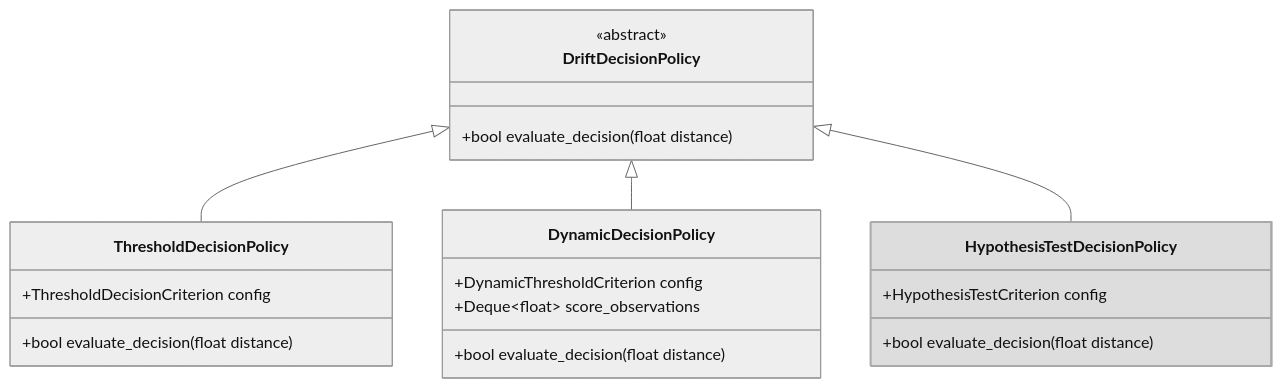
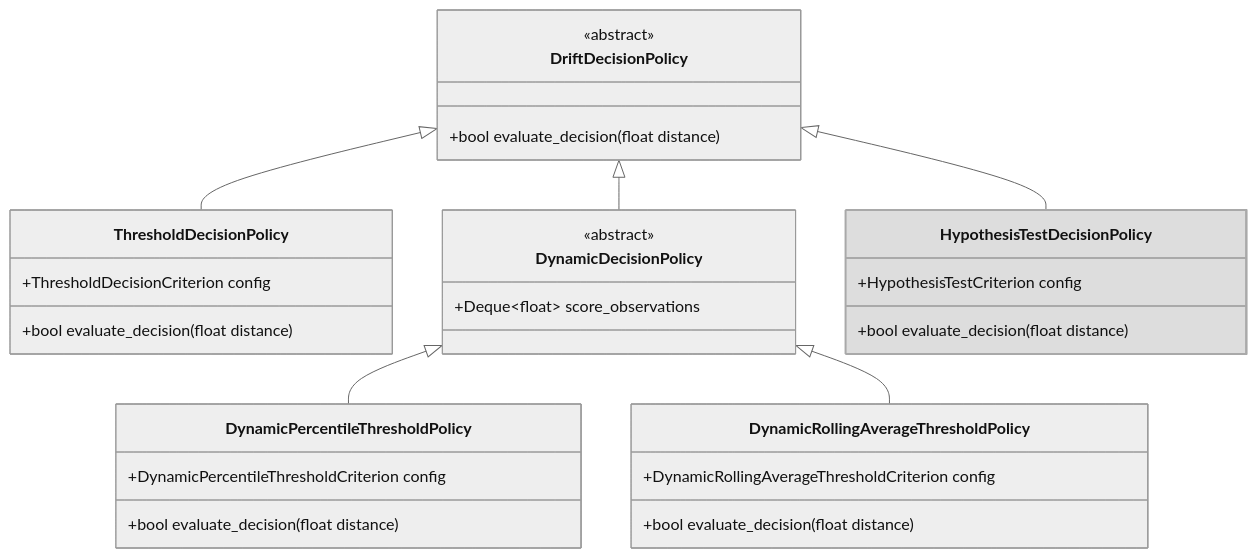
Before and after one commit to eth-easl/modyn: the fifth of 5 diagrams in docs/pipeline/triggering/DRIFT_TRIGGERS.md, drawn with Mermaid (neutral theme). The commit also changed other lines of this file and 1 other file, not shown here.

````diff
--- a/docs/pipeline/triggering/DRIFT_TRIGGERS.md
+++ b/docs/pipeline/triggering/DRIFT_TRIGGERS.md
@@ -216,30 +229,41 @@
 ```mermaid
 classDiagram
     class DriftDecisionPolicy {
         <<abstract>>
         +bool evaluate_decision(float distance)
     }
 
     class ThresholdDecisionPolicy {
         +ThresholdDecisionCriterion config
         +bool evaluate_decision(float distance)
     }
 
     class DynamicDecisionPolicy {
-        +DynamicThresholdCriterion config
+        <<abstract>>
         +Deque~float~ score_observations
+    }
+
+    class DynamicPercentileThresholdPolicy {
+        +DynamicPercentileThresholdCriterion config
+        +bool evaluate_decision(float distance)
+    }
+
+    class DynamicRollingAverageThresholdPolicy {
+        +DynamicRollingAverageThresholdCriterion config
         +bool evaluate_decision(float distance)
     }
 
     class HypothesisTestDecisionPolicy {
         +HypothesisTestCriterion config
         +bool evaluate_decision(float distance)
     }
 
     DriftDecisionPolicy <|-- ThresholdDecisionPolicy
     DriftDecisionPolicy <|-- DynamicDecisionPolicy
     DriftDecisionPolicy <|-- HypothesisTestDecisionPolicy
 
+    DynamicDecisionPolicy <|-- DynamicPercentileThresholdPolicy
+    DynamicDecisionPolicy <|-- DynamicRollingAverageThresholdPolicy
 
     style HypothesisTestDecisionPolicy fill:#DDDDDD,stroke:#A9A9A9,stroke-width:2px
 ```
````
